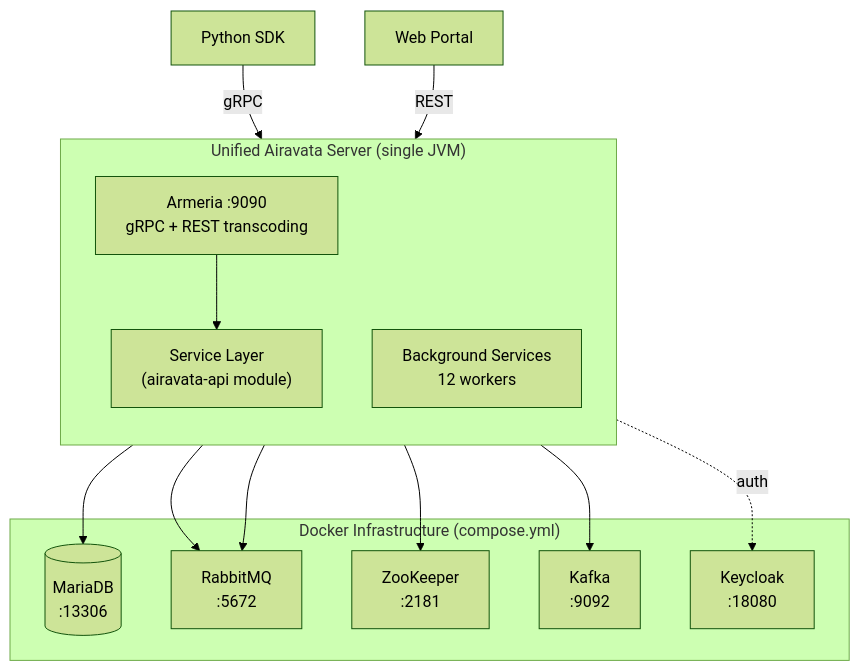
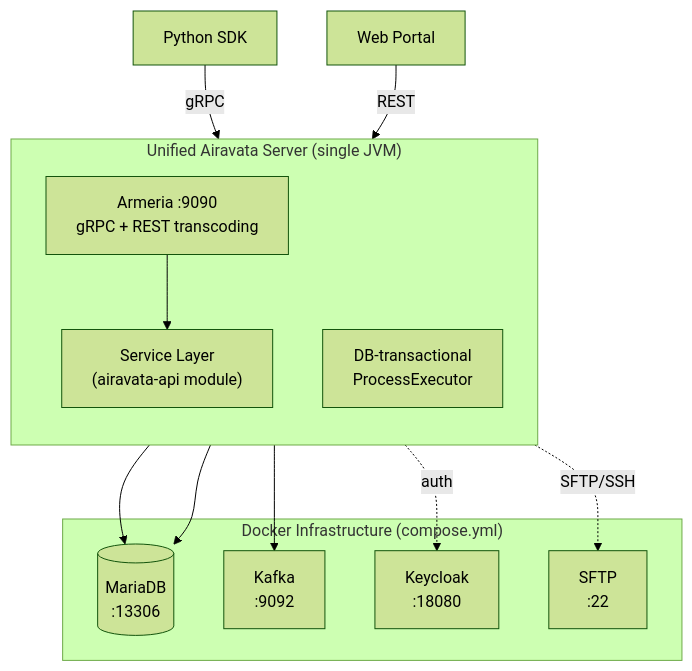
The first of 3 diagrams in README.md (apache/airavata), drawn with Mermaid (forest theme) before and after one commit. The commit also changed other lines of this file and 216 other files, not shown here.

First line of the commit message:
feat(orchestration): SSH/SFTP×SLURM/AWS resource model on a DB-transactional executor (#660)

````diff
--- a/README.md
+++ b/README.md
@@ -60,27 +60,25 @@
 ```mermaid
 graph TB
     subgraph "Docker Infrastructure (compose.yml)"
         DB[(MariaDB<br/>:13306)]
-        RMQ[RabbitMQ<br/>:5672]
-        ZK[ZooKeeper<br/>:2181]
         KFK[Kafka<br/>:9092]
         KC[Keycloak<br/>:18080]
+        SFTP[SFTP<br/>:22]
     end
 
     subgraph "Unified Airavata Server (single JVM)"
         direction TB
         ARMERIA["Armeria :9090<br/>gRPC + REST transcoding"]
         SVC["Service Layer<br/>(airavata-api module)"]
-        BG["Background Services<br/>12 workers"]
+        BG["DB-transactional<br/>ProcessExecutor"]
     end
 
     SDK[Python SDK] -->|gRPC| ARMERIA
     Portal[Web Portal] -->|REST| ARMERIA
     ARMERIA --> SVC
     SVC --> DB
-    SVC --> RMQ
-    BG --> ZK
+    BG --> DB
     BG --> KFK
-    BG --> RMQ
+    BG -.->|SFTP/SSH| SFTP
     SVC -.->|auth| KC
 ```
````
